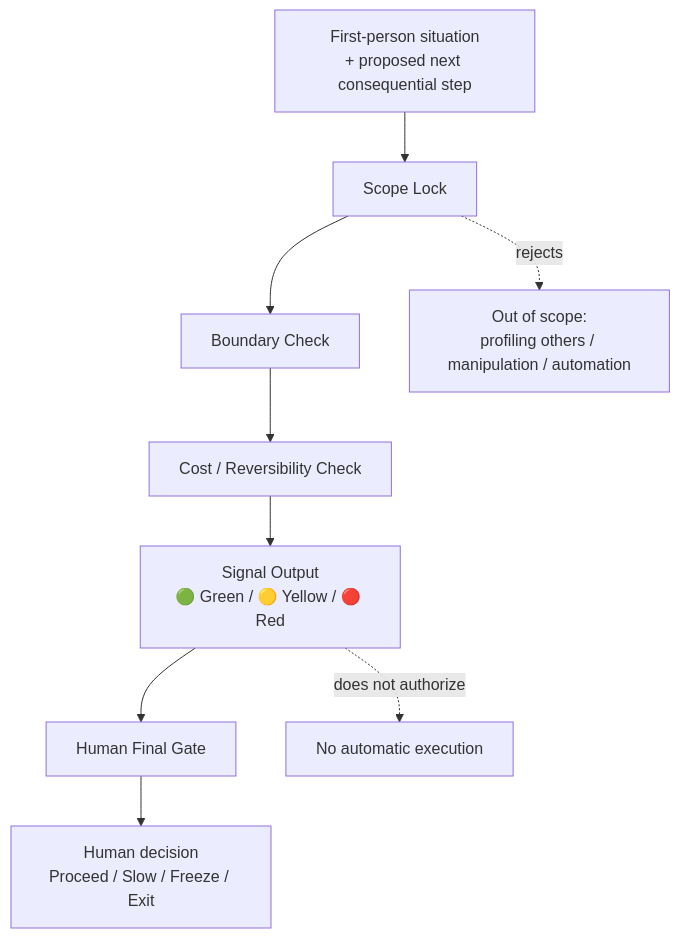
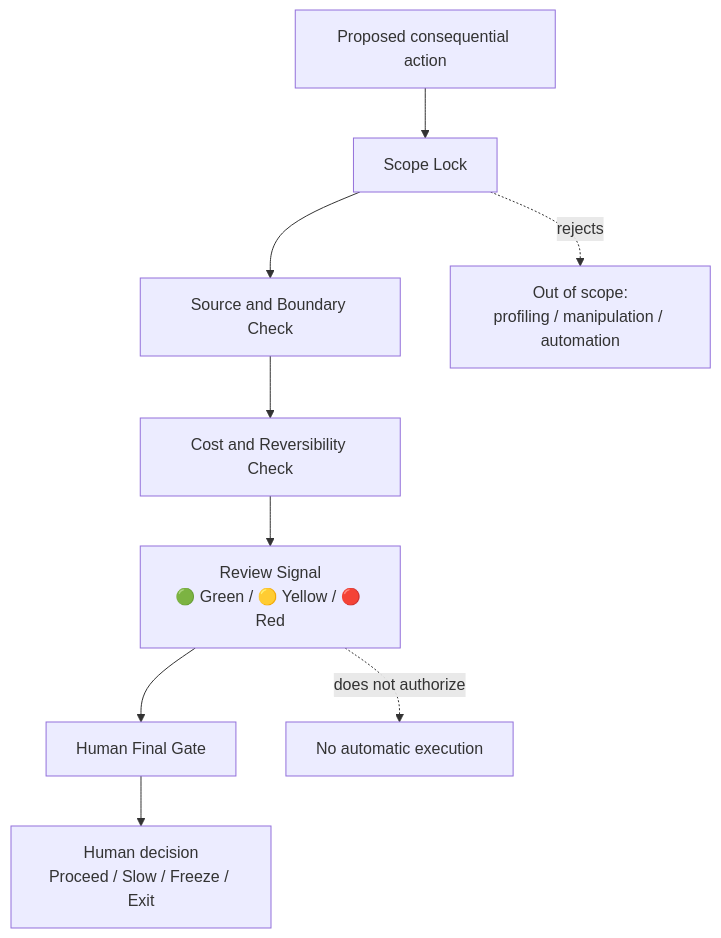
The diagram in README.md (Yelan22CAT/model1), drawn with Mermaid before and after one commit. The commit also changed other lines of this file, not shown here.

````diff
--- a/README.md
+++ b/README.md
@@ -48,12 +68,12 @@
 ```mermaid
 flowchart TD
-    A[First-person situation<br/>+ proposed next consequential step] --> B[Scope Lock]
-    B --> C[Boundary Check]
-    C --> D[Cost / Reversibility Check]
-    D --> E[Signal Output<br/>🟢 Green / 🟡 Yellow / 🔴 Red]
+    A[Proposed consequential action] --> B[Scope Lock]
+    B --> C[Source and Boundary Check]
+    C --> D[Cost and Reversibility Check]
+    D --> E[Review Signal<br/>🟢 Green / 🟡 Yellow / 🔴 Red]
     E --> F[Human Final Gate]
     F --> G[Human decision<br/>Proceed / Slow / Freeze / Exit]
 
-    B -. rejects .-> X[Out of scope:<br/>profiling others / manipulation / automation]
+    B -. rejects .-> X[Out of scope:<br/>profiling / manipulation / automation]
     E -. does not authorize .-> Y[No automatic execution]
 ```
````
